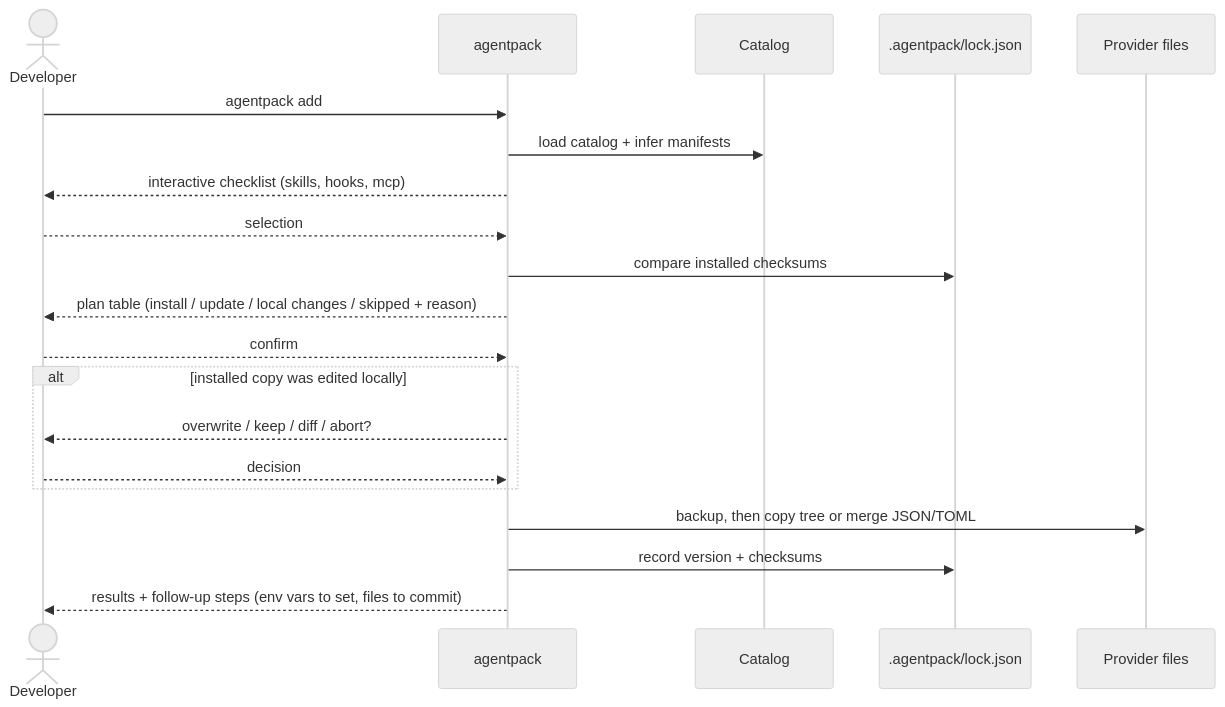
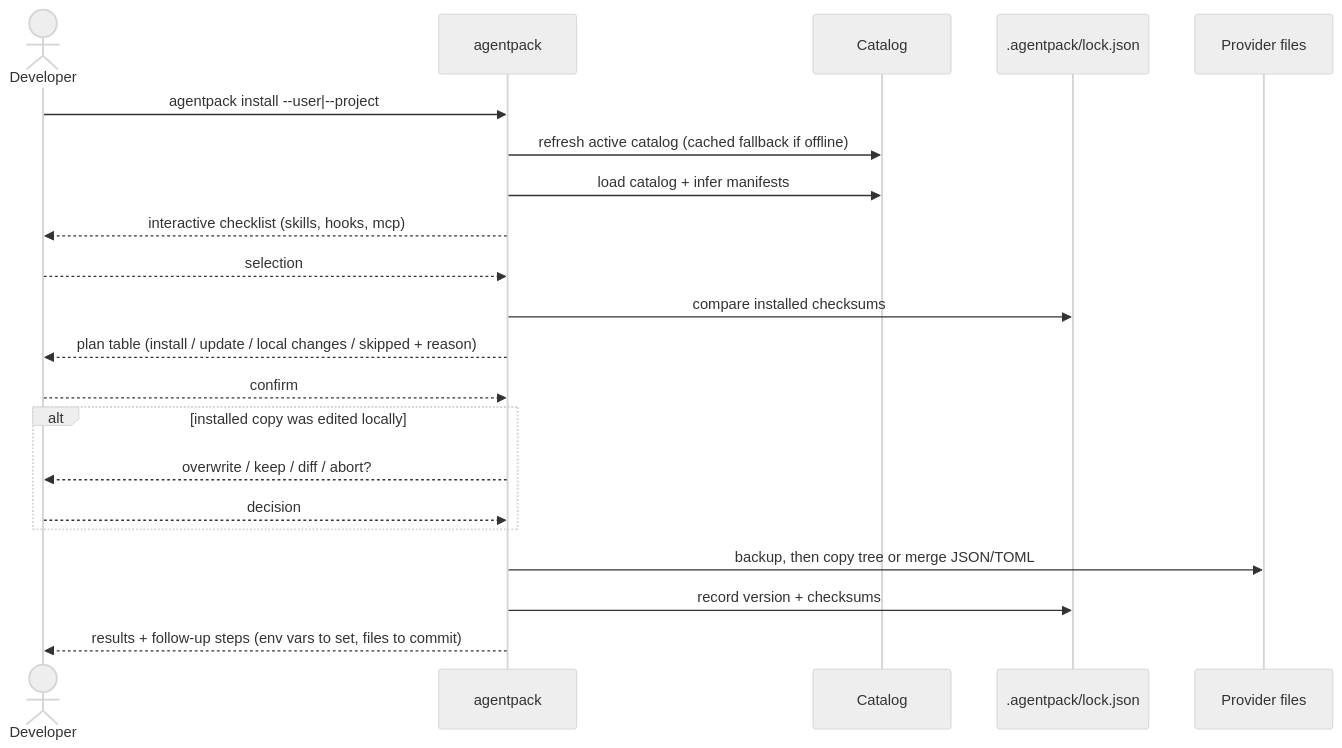
Before and after one commit to svennijhuis/AgentPack: the second of 7 diagrams in docs/how-it-works.md, drawn with Mermaid (neutral theme). The commit also changed other lines of this file and 59 other files, not shown here.

````diff
--- a/docs/how-it-works.md
+++ b/docs/how-it-works.md
@@ -43,25 +43,26 @@
 ```mermaid
 sequenceDiagram
     actor Dev as Developer
     participant CLI as agentpack
     participant Cat as Catalog
     participant Lock as .agentpack/lock.json
     participant Prov as Provider files
 
-    Dev->>CLI: agentpack add
+    Dev->>CLI: agentpack install --user|--project
+    CLI->>Cat: refresh active catalog (cached fallback if offline)
     CLI->>Cat: load catalog + infer manifests
     CLI-->>Dev: interactive checklist (skills, hooks, mcp)
     Dev-->>CLI: selection
     CLI->>Lock: compare installed checksums
     CLI-->>Dev: plan table (install / update / local changes / skipped + reason)
     Dev-->>CLI: confirm
 
     alt installed copy was edited locally
         CLI-->>Dev: overwrite / keep / diff / abort?
         Dev-->>CLI: decision
     end
 
     CLI->>Prov: backup, then copy tree or merge JSON/TOML
     CLI->>Lock: record version + checksums
     CLI-->>Dev: results + follow-up steps (env vars to set, files to commit)
 ```
````
